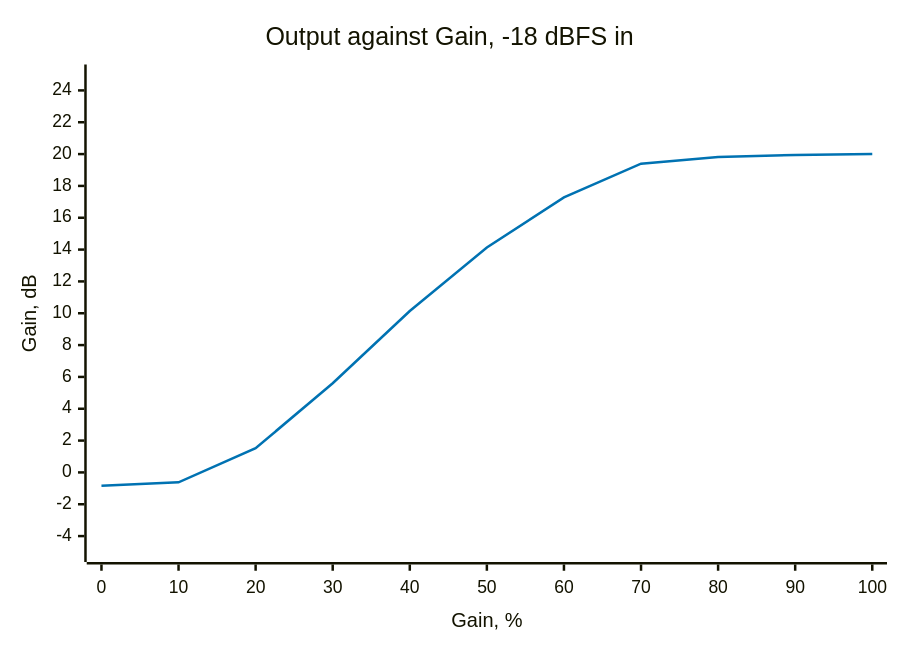
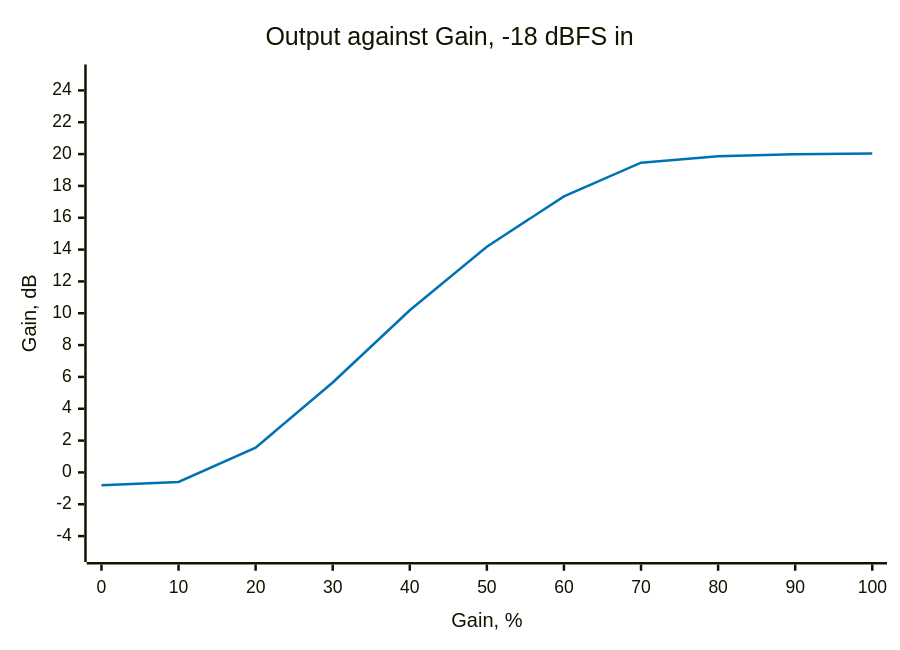
Before and after one commit to torvalds/GuitarPedal: the second of 4 diagrams in Documentation/effects/klon.md, drawn with Mermaid. The commit also changed other lines of this file and 1 other file, not shown here.

````diff
--- a/Documentation/effects/klon.md
+++ b/Documentation/effects/klon.md
@@ -35,8 +35,8 @@
 ```mermaid
 %%{init: {'themeVariables': {'xyChart': {'plotColorPalette': '#0072b2'}}}}%%
 xychart-beta
     title "Output against Gain, -18 dBFS in"
     x-axis "Gain, %" [0, 10, 20, 30, 40, 50, 60, 70, 80, 90, 100]
     y-axis "Gain, dB" -5 --> 25
-    line [-0.83, -0.62, 1.52, 5.6, 10.14, 14.13, 17.28, 19.4, 19.81, 19.95, 20.01]
+    line [-0.81, -0.6, 1.55, 5.65, 10.19, 14.18, 17.34, 19.46, 19.87, 19.99, 20.04]
 ```
````
